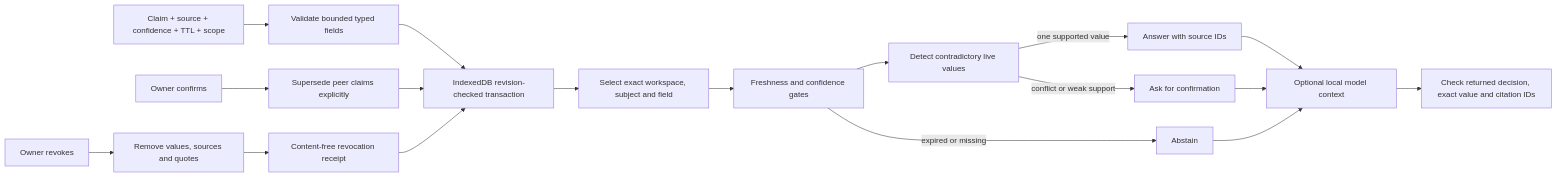
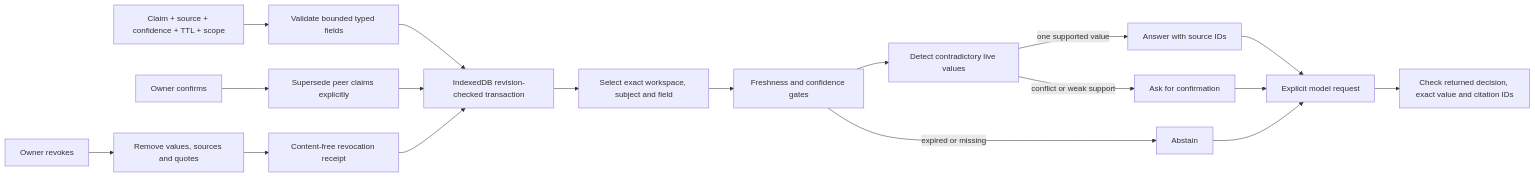
One commit to m7mdd77/recollect-memory changed the diagram in docs/architecture.md. Above: the diagram before and after it, drawn with Mermaid. The commit also changed other lines of this file and 154 other files, not shown here.

````diff
--- a/docs/architecture.md
+++ b/docs/architecture.md
@@ -3,20 +3,20 @@
 ```mermaid
 flowchart LR
  W[Claim + source + confidence + TTL + scope] --> V[Validate bounded typed fields]
  V --> S[IndexedDB revision-checked transaction]
  S --> R[Select exact workspace, subject and field]
  R --> F[Freshness and confidence gates]
  F --> C[Detect contradictory live values]
  C -->|one supported value| A[Answer with source IDs]
  C -->|conflict or weak support| Q[Ask for confirmation]
  F -->|expired or missing| N[Abstain]
  O[Owner confirms] --> P[Supersede peer claims explicitly]
  P --> S
  D[Owner revokes] --> X[Remove values, sources and quotes]
  X --> T[Content-free revocation receipt]
  T --> S
- A --> M[Optional local model context]
+ A --> M[Explicit model request]
  Q --> M
  N --> M
  M --> I[Check returned decision, exact value and citation IDs]
 ```
````
